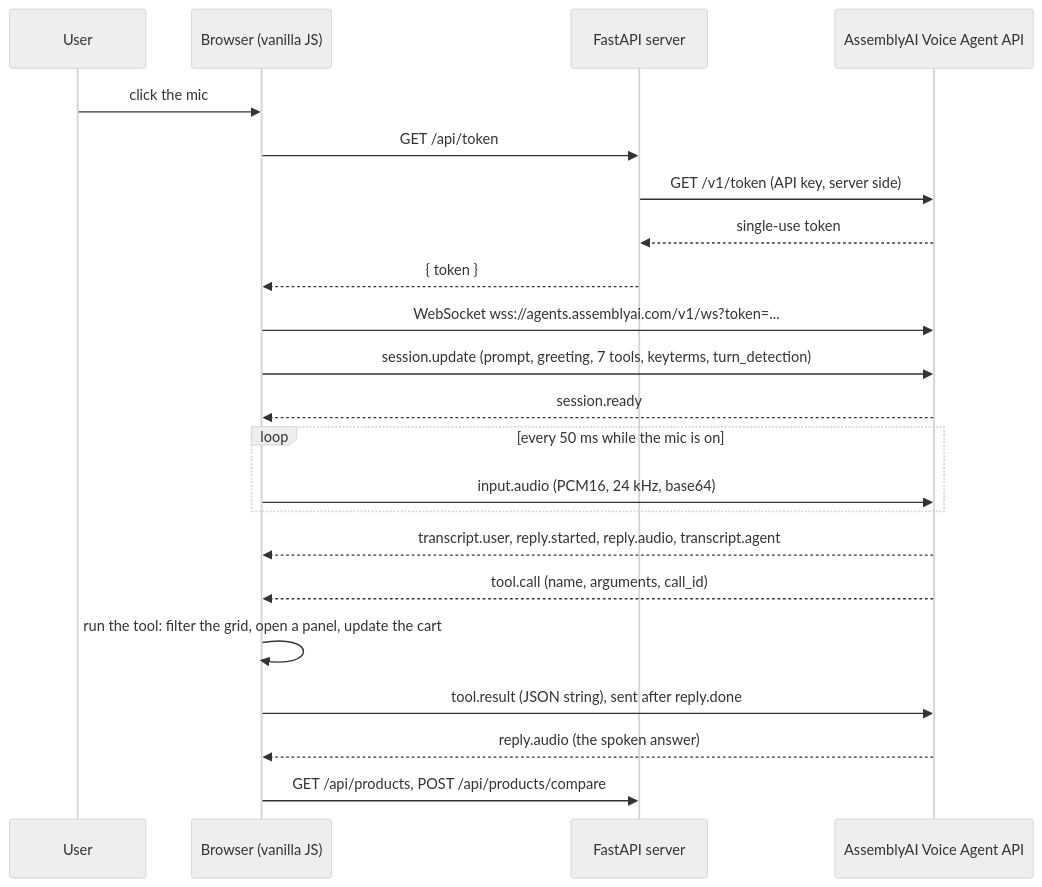
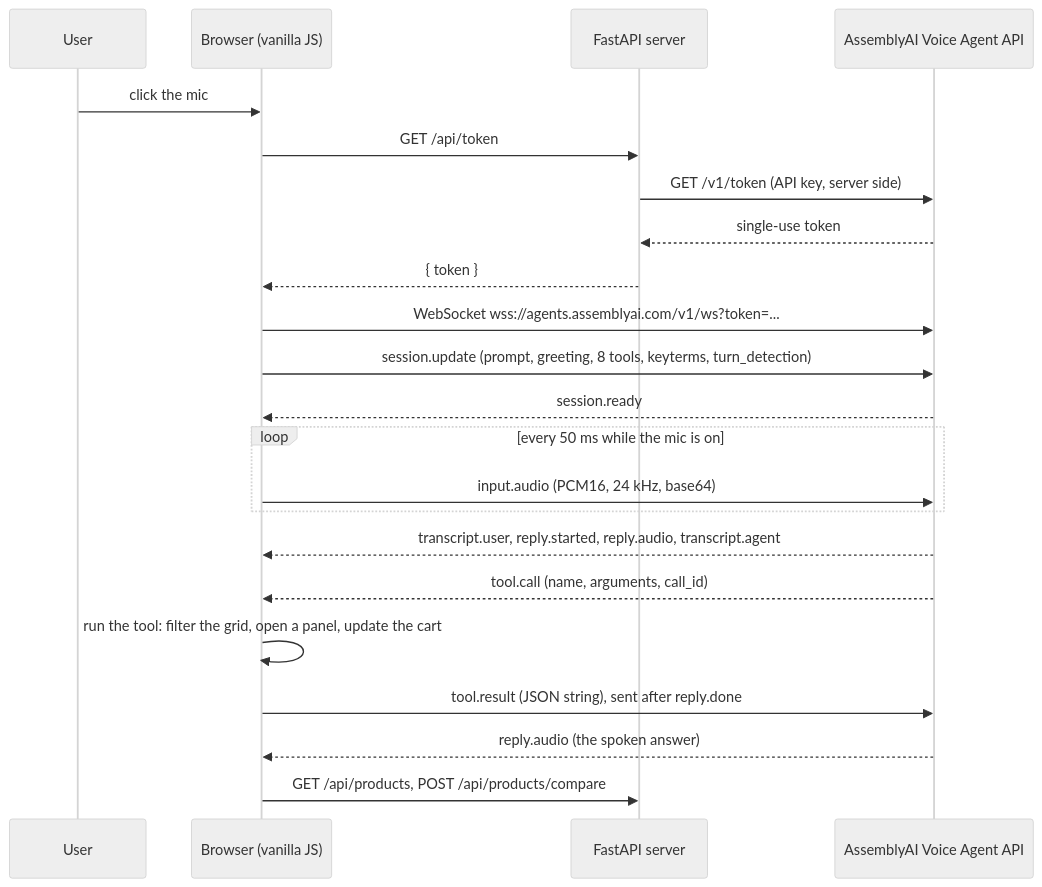
Before and after one commit to b25cs1051-KUSH/Assembly_ai_hackathon: the diagram in docs/ARCHITECTURE.md, drawn with Mermaid (neutral theme). The commit also changed other lines of this file, not shown here.

Commit message:
Architecture doc lists all 8 tools, including show_cart

````diff
--- a/docs/ARCHITECTURE.md
+++ b/docs/ARCHITECTURE.md
@@ -5,25 +5,25 @@
 ```mermaid
 sequenceDiagram
     participant U as User
     participant B as Browser (vanilla JS)
     participant S as FastAPI server
     participant A as AssemblyAI Voice Agent API
 
     U->>B: click the mic
     B->>S: GET /api/token
     S->>A: GET /v1/token (API key, server side)
     A-->>S: single-use token
     S-->>B: { token }
     B->>A: WebSocket wss://agents.assemblyai.com/v1/ws?token=...
-    B->>A: session.update (prompt, greeting, 7 tools, keyterms, turn_detection)
+    B->>A: session.update (prompt, greeting, 8 tools, keyterms, turn_detection)
     A-->>B: session.ready
     loop every 50 ms while the mic is on
         B->>A: input.audio (PCM16, 24 kHz, base64)
     end
     A-->>B: transcript.user, reply.started, reply.audio, transcript.agent
     A-->>B: tool.call (name, arguments, call_id)
     B->>B: run the tool: filter the grid, open a panel, update the cart
     B->>A: tool.result (JSON string), sent after reply.done
     A-->>B: reply.audio (the spoken answer)
     B->>S: GET /api/products, POST /api/products/compare
 ```
````
